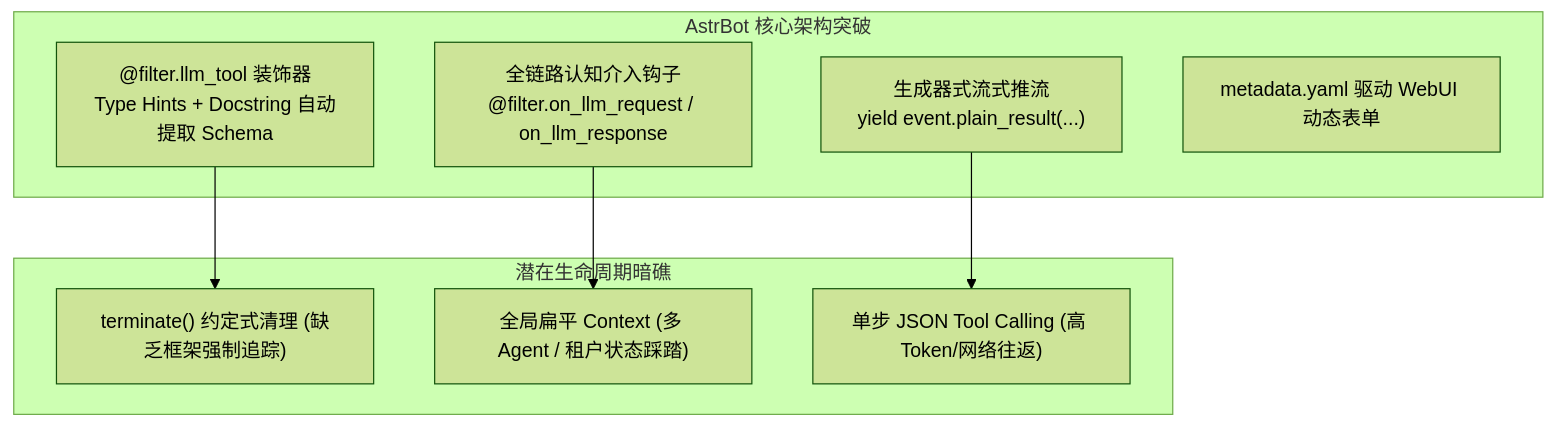
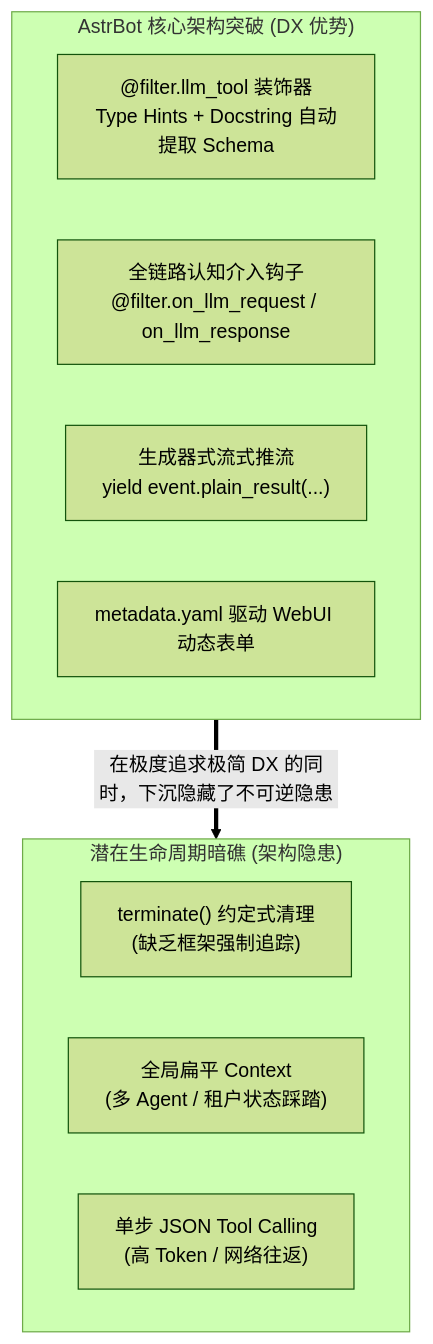
Before and after one commit to SXP-Simon/SXP-Simon.github.io: the third of 5 diagrams in src/content/posts/plugin-architecture-evolution-koishi-astrbot-dsh.mdx, drawn with Mermaid (forest theme). The commit also changed other lines of this file and 2 other files, not shown here.

Commit message:
feat(mermaid): optimize diagram layouts to vertical stacking and polish modern responsive styling

````diff
--- a/src/content/posts/plugin-architecture-evolution-koishi-astrbot-dsh.mdx
+++ b/src/content/posts/plugin-architecture-evolution-koishi-astrbot-dsh.mdx
@@ -203,19 +207,19 @@
 ```mermaid
 graph TD
-    subgraph S1 ["AstrBot 核心架构突破"]
+    subgraph S1 ["AstrBot 核心架构突破 (DX 优势)"]
+        direction LR
         A1["@filter.llm_tool 装饰器<br/>Type Hints + Docstring 自动提取 Schema"]
         A2["全链路认知介入钩子<br/>@filter.on_llm_request / on_llm_response"]
         A3["生成器式流式推流<br/>yield event.plain_result(...)"]
         A4["metadata.yaml 驱动 WebUI 动态表单"]
     end
 
-    subgraph S2 ["潜在生命周期暗礁"]
-        B1["terminate() 约定式清理 (缺乏框架强制追踪)"]
-        B2["全局扁平 Context (多 Agent / 租户状态踩踏)"]
-        B3["单步 JSON Tool Calling (高 Token/网络往返)"]
+    subgraph S2 ["潜在生命周期暗礁 (架构隐患)"]
+        direction LR
+        B1["terminate() 约定式清理<br/>(缺乏框架强制追踪)"]
+        B2["全局扁平 Context<br/>(多 Agent / 租户状态踩踏)"]
+        B3["单步 JSON Tool Calling<br/>(高 Token / 网络往返)"]
     end
 
-    A1 --> B1
-    A2 --> B2
-    A3 --> B3
+    S1 ==>|"在极度追求极简 DX 的同时，下沉隐藏了不可逆隐患"| S2
 ```
````
